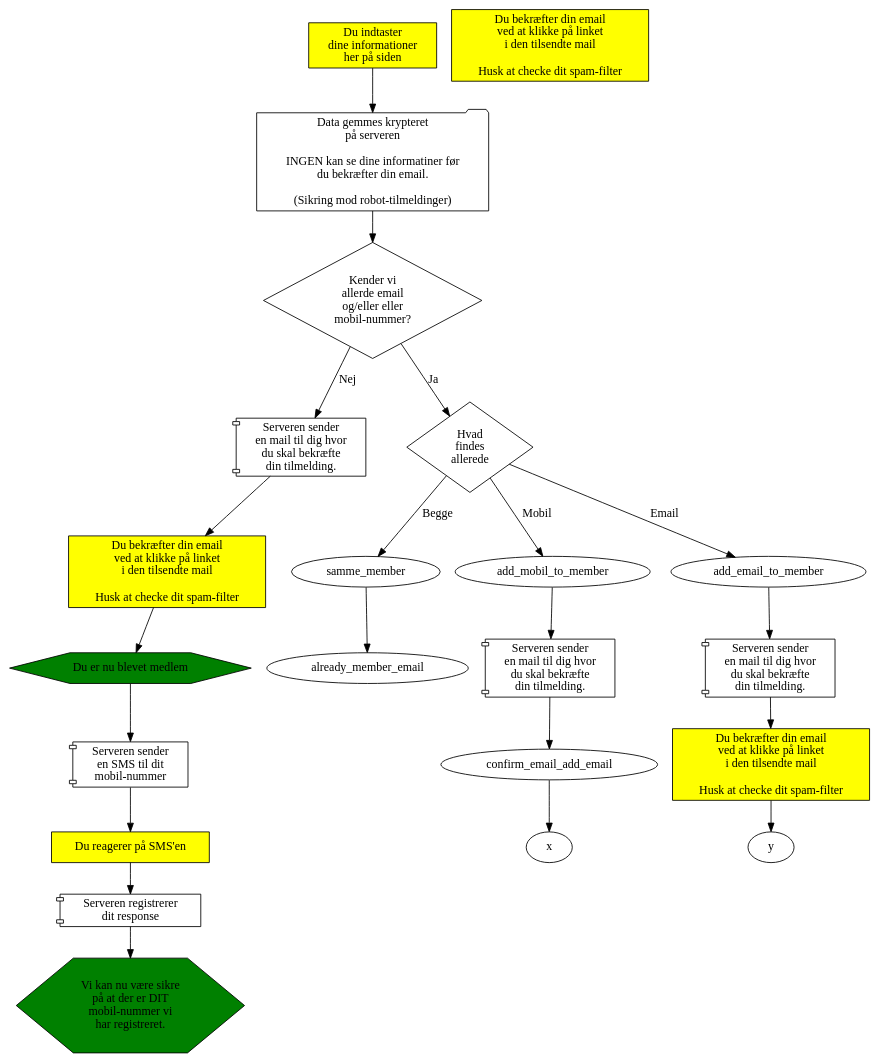
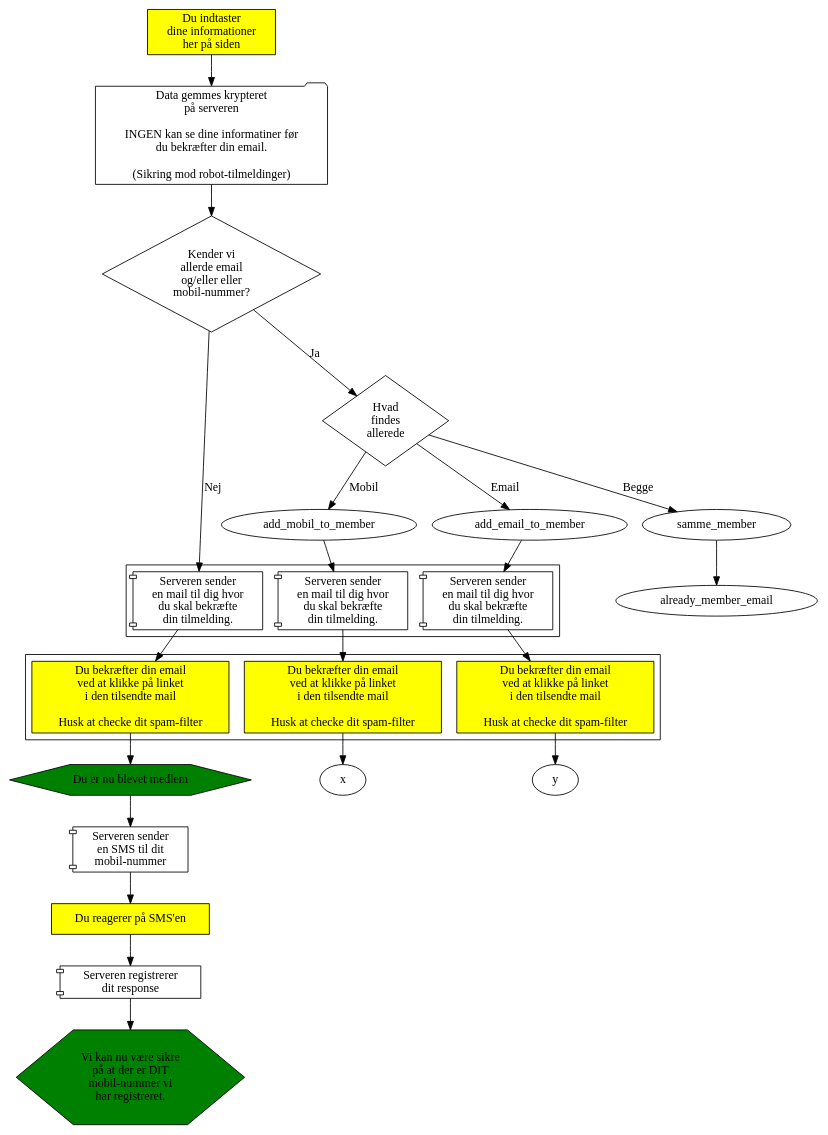
One commit to alslug/alslug.dk changed the diagram in medlemskab/indmeldelse.dot. Above: the diagram before and after it, drawn with Graphviz.

```diff
--- a/medlemskab/indmeldelse.dot
+++ b/medlemskab/indmeldelse.dot
@@ -1,46 +1,46 @@
 digraph indmeldelse {
   { # Dine handlinger
     node [ shape=box style=filled fillcolor=yellow ];
     indtast                [label="Du indtaster\ndine informationer\nher på siden"];
-    {
+    subgraph cluster_confirm_email {
       node          [label="Du bekræfter din email\nved at klikke på linket\ni den tilsendte mail\n\nHusk at checke dit spam-filter"];
       confirm_email_nyt_medlem;
-      confirm_email_add_mail;
+      confirm_email_add_email;
       confirm_email_add_mobil;
     }
     confirm_sms            [label="Du reagerer på SMS'en"];
   }
   send_tilmelding        [shape=folder label="Data gemmes krypteret\npå serveren\n\nINGEN kan se dine informatiner før\ndu bekræfter din email.\n\n(Sikring mod robot-tilmeldinger)"];
   { # Server-aktiviteter
     node [shape=component];
-    {
+    subgraph cluster_server_sender_email {
       node [label="Serveren sender\nen mail til dig hvor\ndu skal bekræfte\ndin tilmelding."];
       server_sender_emai_nyt_medlem;
       server_sender_email_add_email;
       server_sender_email_add_mobil;
     }
     server_sender_sms      [label="Serveren sender\nen SMS til dit\nmobil-nummer"];
     sms_confirmed          [label="Serveren registrerer\ndit response"];
   }
   { # Results
     node [shape=hexagon   style=filled fillcolor=green ];
     du_biver_medlem  [label="Du er nu blevet medlem"];
     mobile_ok        [label="Vi kan nu være sikre\npå at der er DIT\nmobil-nummer vi\nhar registreret."]; 
   }
   { # Valg
     node [shape=diamond];
     findes_allerede        [label="Kender vi\nallerde email\nog/eller eller\nmobil-nummer?"];
     hvad_findes_allerede   [label="Hvad\nfindes\nallerede"];
   }
 
   indtast -> send_tilmelding -> findes_allerede;
                                 findes_allerede -> server_sender_emai_nyt_medlem [label="Nej"];
                                                    server_sender_emai_nyt_medlem -> confirm_email_nyt_medlem -> du_biver_medlem -> server_sender_sms -> confirm_sms -> sms_confirmed ->mobile_ok;
                                 findes_allerede -> hvad_findes_allerede   [label="Ja"];
                                                    hvad_findes_allerede-> samme_member         [label="Begge"];
                                                                           samme_member -> already_member_email;
                                                    hvad_findes_allerede -> add_mobil_to_member [label="Mobil"];
                                                                            add_mobil_to_member -> server_sender_email_add_email  -> confirm_email_add_email -> x;
                                                    hvad_findes_allerede -> add_email_to_member [label="Email"];
                                                                            add_email_to_member -> server_sender_email_add_mobil  -> confirm_email_add_mobil -> y;
 }
```
